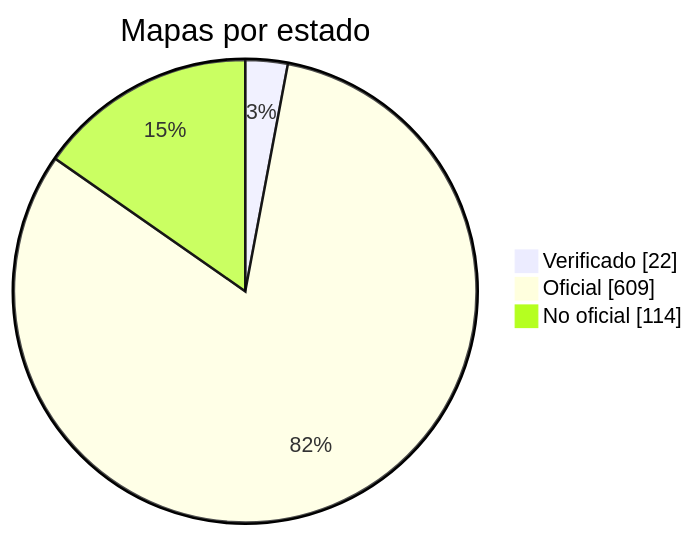
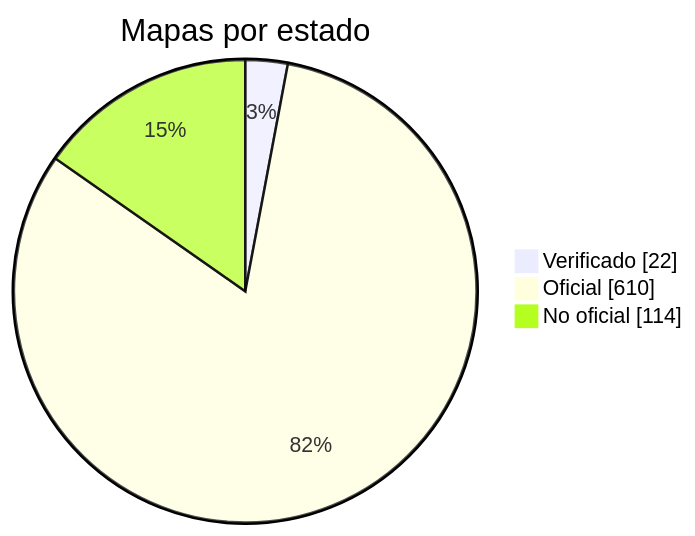
Before and after one commit to nobrega8/mbmap-library: the diagram in docs/readme/README_ES.md, drawn with Mermaid. The commit also changed 6 other files, not shown here.

````diff
--- a/docs/readme/README_ES.md
+++ b/docs/readme/README_ES.md
@@ -54,7 +54,7 @@
 ```mermaid
 pie showData
     title Mapas por estado
     "Verificado" : 22
-    "Oficial" : 609
+    "Oficial" : 610
     "No oficial" : 114
 ```
````
